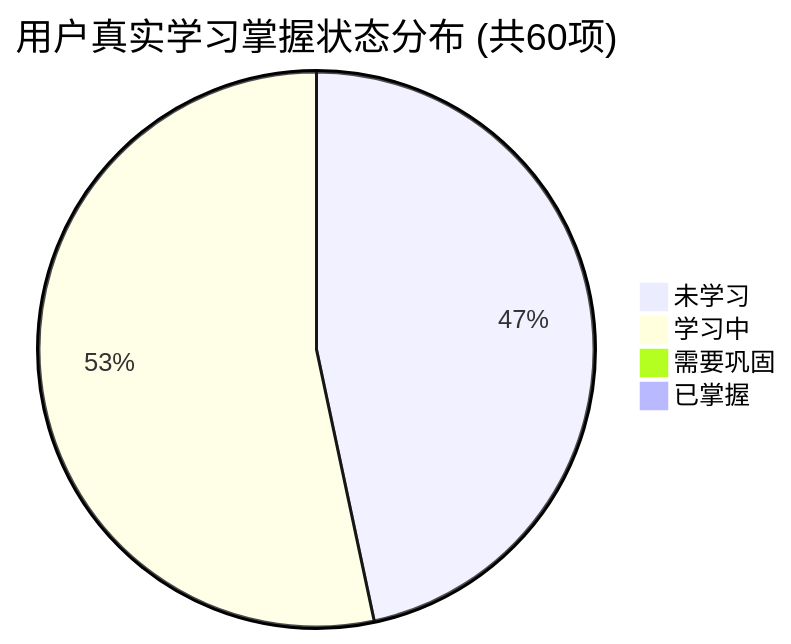
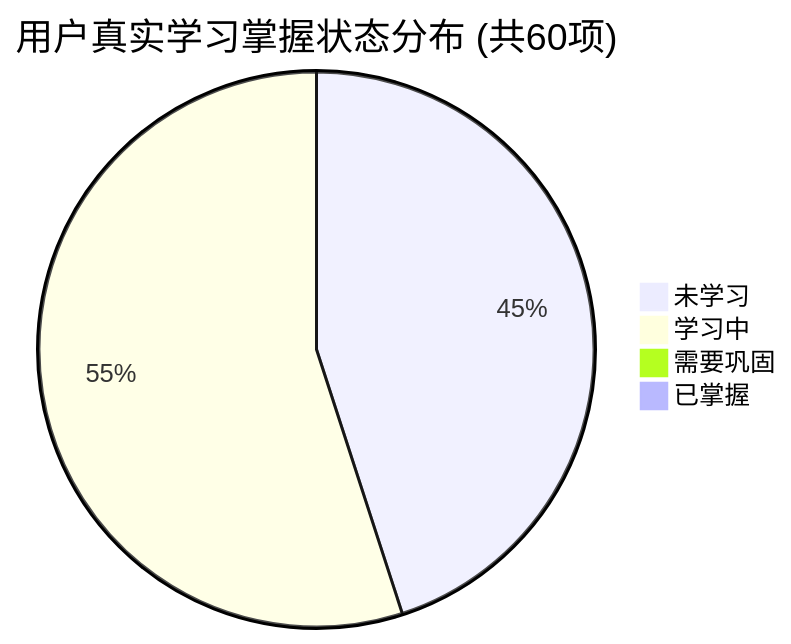
One commit to tieke1121/tech-interview-knowledge-base changed the first of 2 diagrams in PROGRESS.md. Above: the diagram before and after it, drawn with Mermaid. The commit also changed other lines of this file and 1 other file, not shown here.

````diff
--- a/PROGRESS.md
+++ b/PROGRESS.md
@@ -27,7 +27,7 @@
 ```mermaid
 pie title 用户真实学习掌握状态分布 (共60项)
-    "未学习" : 28
-    "学习中" : 32
+    "未学习" : 27
+    "学习中" : 33
     "需要巩固" : 0
     "已掌握" : 0
 ```
````
